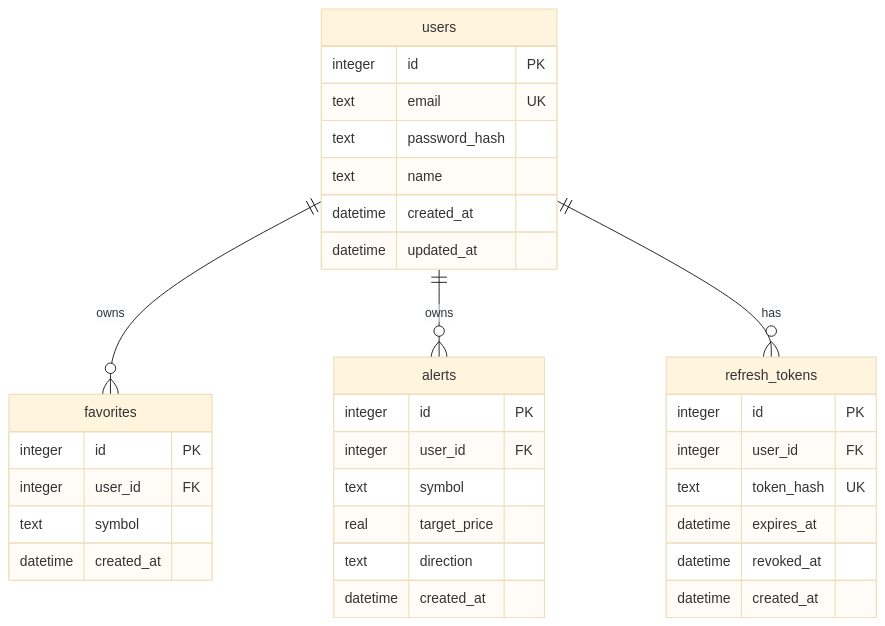
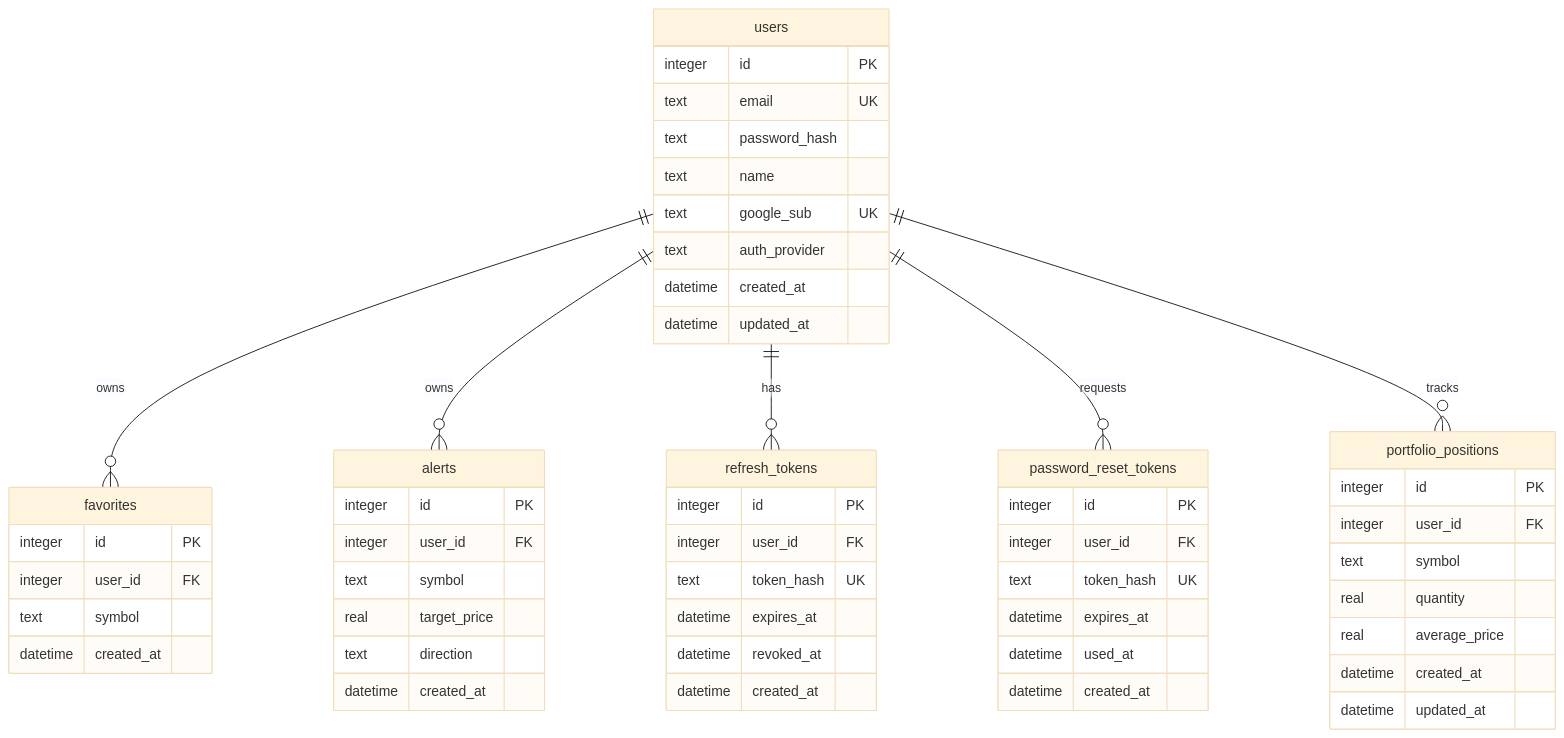
One commit to Pacome5110/sse-live-ticker changed the diagram in docs/diagrams/erd.mmd. Above: the diagram before and after it, drawn with Mermaid (base theme). The commit also changed 27 other files, not shown here.

Commit message:
Complete auth portfolio and report updates

```diff
--- a/docs/diagrams/erd.mmd
+++ b/docs/diagrams/erd.mmd
@@ -1,38 +1,61 @@
 erDiagram
     users ||--o{ favorites : owns
     users ||--o{ alerts : owns
     users ||--o{ refresh_tokens : has
+    users ||--o{ password_reset_tokens : requests
+    users ||--o{ portfolio_positions : tracks
 
     users {
         integer id PK
         text email UK
         text password_hash
         text name
+        text google_sub UK
+        text auth_provider
         datetime created_at
         datetime updated_at
     }
 
     favorites {
         integer id PK
         integer user_id FK
         text symbol
         datetime created_at
     }
 
     alerts {
         integer id PK
         integer user_id FK
         text symbol
         real target_price
         text direction
         datetime created_at
     }
 
     refresh_tokens {
         integer id PK
         integer user_id FK
         text token_hash UK
         datetime expires_at
         datetime revoked_at
         datetime created_at
     }
+
+    password_reset_tokens {
+        integer id PK
+        integer user_id FK
+        text token_hash UK
+        datetime expires_at
+        datetime used_at
+        datetime created_at
+    }
+
+    portfolio_positions {
+        integer id PK
+        integer user_id FK
+        text symbol
+        real quantity
+        real average_price
+        datetime created_at
+        datetime updated_at
+    }
```
